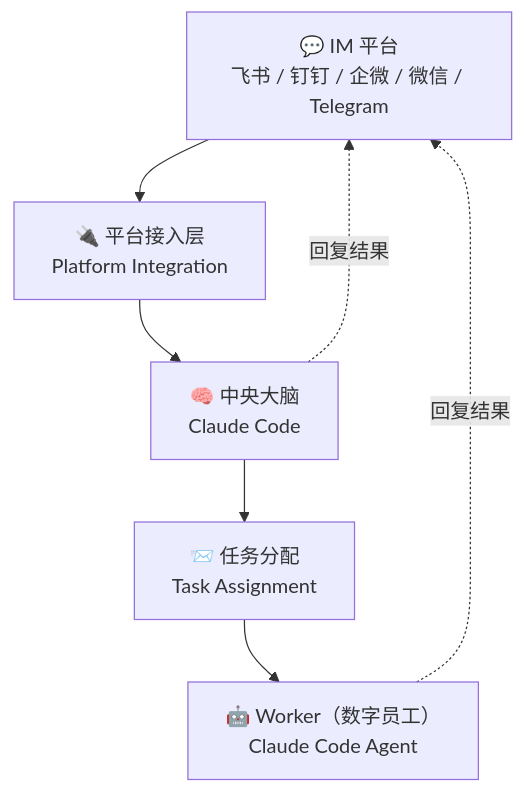
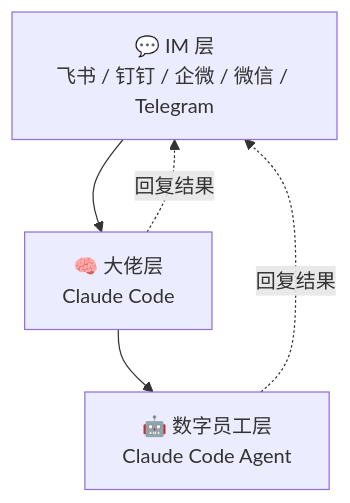
The diagram in README.zh.md (theopenbee/openbee), drawn with Mermaid before and after one commit. The commit also changed other lines of this file and 1 other file, not shown here.

First line of the commit message:
docs: update How It Works to three-layer architecture

````diff
--- a/README.zh.md
+++ b/README.zh.md
@@ -115,9 +115,7 @@
 ```mermaid
 graph TD
-    A["💬 IM 平台\n飞书 / 钉钉 / 企微 / 微信 / Telegram"] --> B["🔌 平台接入层\nPlatform Integration"]
-    B --> C["🧠 中央大脑\nClaude Code"]
-    C --> D["📨 任务分配\nTask Assignment"]
-    D --> E["🤖 Worker（数字员工）\nClaude Code Agent"]
-    E -. "回复结果" .-> A
+    A["💬 IM 层\n飞书 / 钉钉 / 企微 / 微信 / Telegram"] --> B["🧠 大佬层\nClaude Code"]
+    B --> C["🤖 数字员工层\nClaude Code Agent"]
     C -. "回复结果" .-> A
+    B -. "回复结果" .-> A
 ```
````
